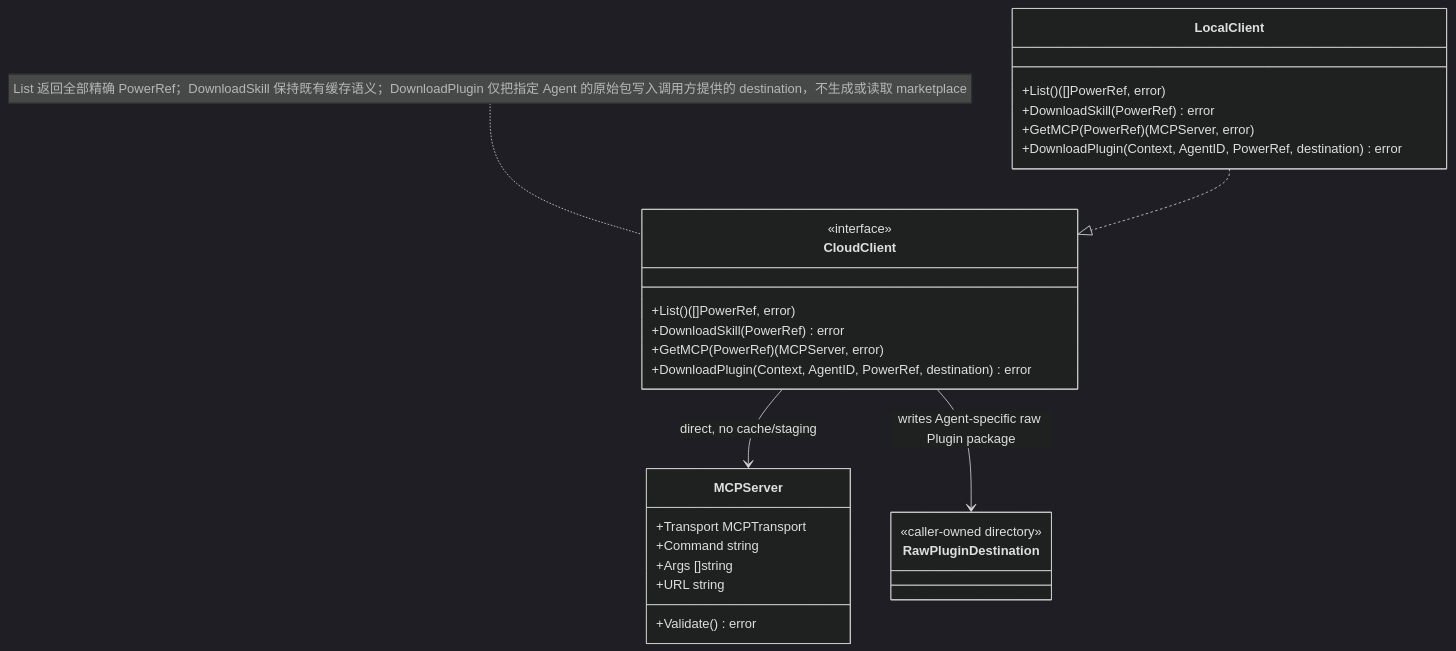
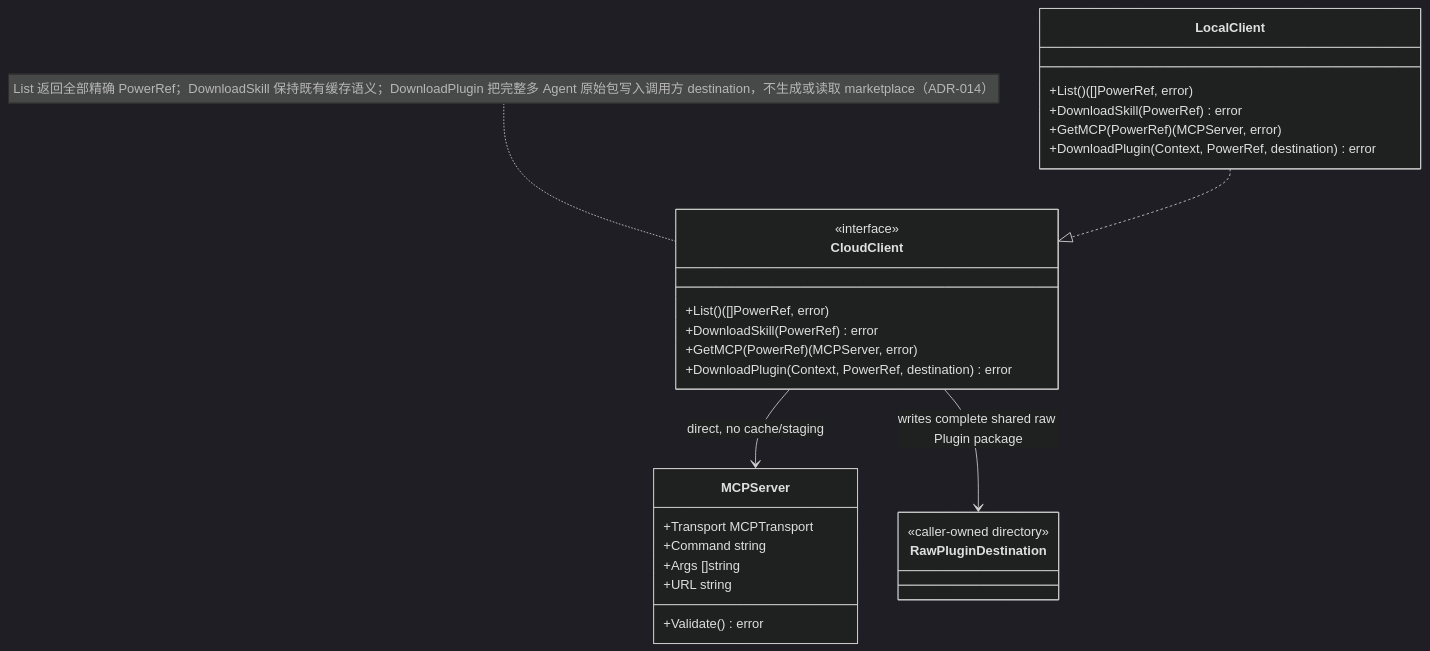
Before and after one commit to spacemit-com/agent-power-manager: the diagram in ivory-tower/c4/components/apm-cli-diagrams/cloud-client.mmd, drawn with Mermaid (dark theme). The commit also changed 10 other files, not shown here.

Commit message:
docs(bibit): align shared plugin architecture

```diff
--- a/ivory-tower/c4/components/apm-cli-diagrams/cloud-client.mmd
+++ b/ivory-tower/c4/components/apm-cli-diagrams/cloud-client.mmd
@@ -1,28 +1,28 @@
 classDiagram
-    note for CloudClient "List 返回全部精确 PowerRef；DownloadSkill 保持既有缓存语义；DownloadPlugin 仅把指定 Agent 的原始包写入调用方提供的 destination，不生成或读取 marketplace"
+    note for CloudClient "List 返回全部精确 PowerRef；DownloadSkill 保持既有缓存语义；DownloadPlugin 把完整多 Agent 原始包写入调用方 destination，不生成或读取 marketplace（ADR-014）"
     class CloudClient {
         <<interface>>
         +List() ([]PowerRef, error)
         +DownloadSkill(PowerRef) error
         +GetMCP(PowerRef) (MCPServer, error)
-        +DownloadPlugin(Context, AgentID, PowerRef, destination) error
+        +DownloadPlugin(Context, PowerRef, destination) error
     }
     class MCPServer {
         +Transport MCPTransport
         +Command string
         +Args []string
         +URL string
         +Validate() error
     }
     class LocalClient {
         +List() ([]PowerRef, error)
         +DownloadSkill(PowerRef) error
         +GetMCP(PowerRef) (MCPServer, error)
-        +DownloadPlugin(Context, AgentID, PowerRef, destination) error
+        +DownloadPlugin(Context, PowerRef, destination) error
     }
     LocalClient ..|> CloudClient
     CloudClient --> MCPServer : direct, no cache/staging
     class RawPluginDestination {
         <<caller-owned directory>>
     }
-    CloudClient --> RawPluginDestination : writes Agent-specific raw Plugin package
+    CloudClient --> RawPluginDestination : writes complete shared raw Plugin package
```
